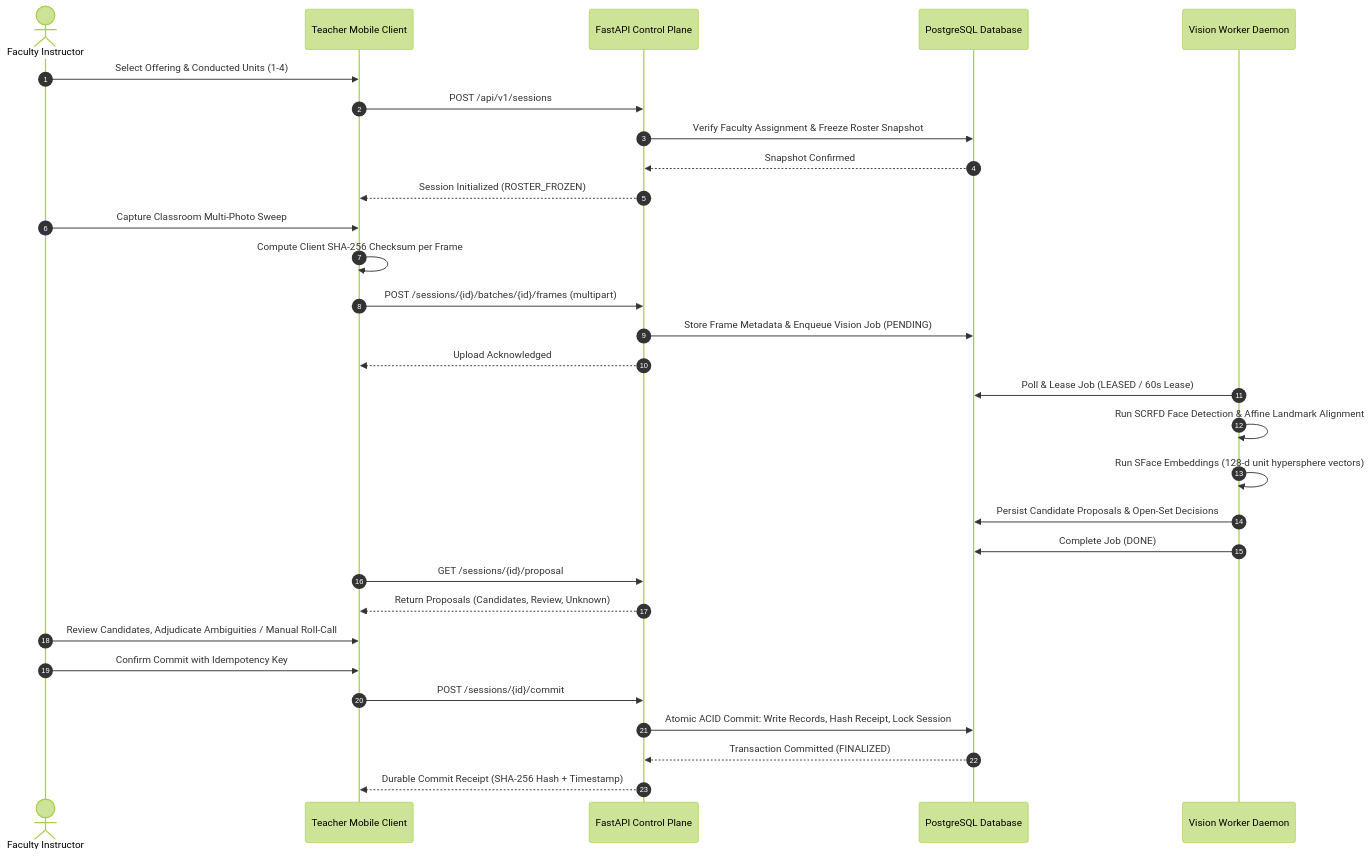
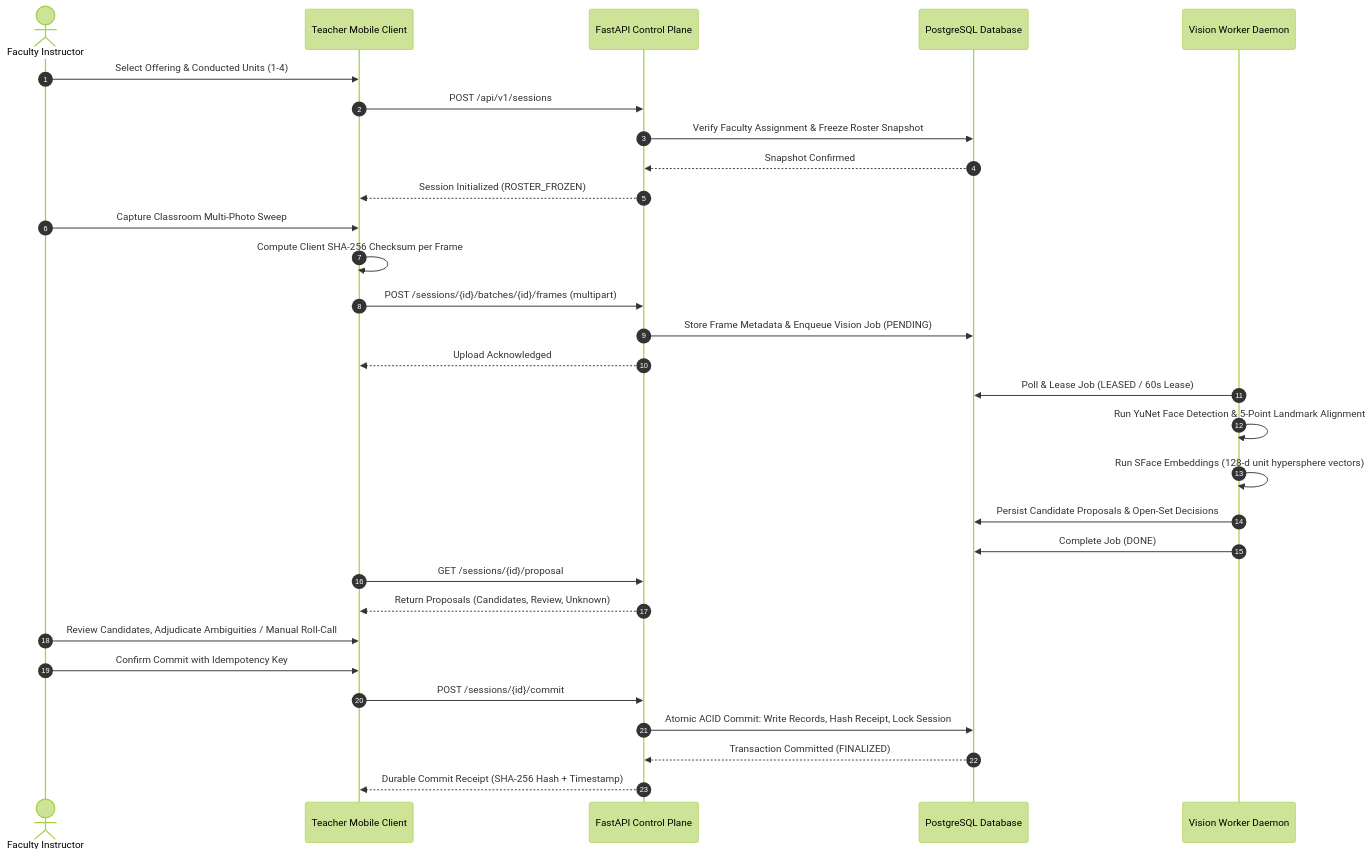
Before and after one commit to KatkamKoushik/K-Squared-Face-Recognition-Attendance-System: the second of 2 diagrams in README.md, drawn with Mermaid (forest theme). The commit also changed other lines of this file and 33 other files, not shown here.

````diff
--- a/README.md
+++ b/README.md
@@ -103,38 +103,38 @@
 ```mermaid
 sequenceDiagram
     autonumber
     actor Faculty as Faculty Instructor
     participant Mobile as Teacher Mobile Client
     participant API as FastAPI Control Plane
     participant DB as PostgreSQL Database
     participant Worker as Vision Worker Daemon
 
     Faculty->>Mobile: Select Offering & Conducted Units (1-4)
     Mobile->>API: POST /api/v1/sessions
     API->>DB: Verify Faculty Assignment & Freeze Roster Snapshot
     DB-->>API: Snapshot Confirmed
     API-->>Mobile: Session Initialized (ROSTER_FROZEN)
 
     Faculty->>Mobile: Capture Classroom Multi-Photo Sweep
     Mobile->>Mobile: Compute Client SHA-256 Checksum per Frame
     Mobile->>API: POST /sessions/{id}/batches/{id}/frames (multipart)
     API->>DB: Store Frame Metadata & Enqueue Vision Job (PENDING)
     API-->>Mobile: Upload Acknowledged
 
     Worker->>DB: Poll & Lease Job (LEASED / 60s Lease)
-    Worker->>Worker: Run SCRFD Face Detection & Affine Landmark Alignment
+    Worker->>Worker: Run YuNet Face Detection & 5-Point Landmark Alignment
     Worker->>Worker: Run SFace Embeddings (128-d unit hypersphere vectors)
     Worker->>DB: Persist Candidate Proposals & Open-Set Decisions
     Worker->>DB: Complete Job (DONE)
 
     Mobile->>API: GET /sessions/{id}/proposal
     API-->>Mobile: Return Proposals (Candidates, Review, Unknown)
 
     Faculty->>Mobile: Review Candidates, Adjudicate Ambiguities / Manual Roll-Call
     Faculty->>Mobile: Confirm Commit with Idempotency Key
     Mobile->>API: POST /sessions/{id}/commit
 
     API->>DB: Atomic ACID Commit: Write Records, Hash Receipt, Lock Session
     DB-->>API: Transaction Committed (FINALIZED)
     API-->>Mobile: Durable Commit Receipt (SHA-256 Hash + Timestamp)
 ```
````
